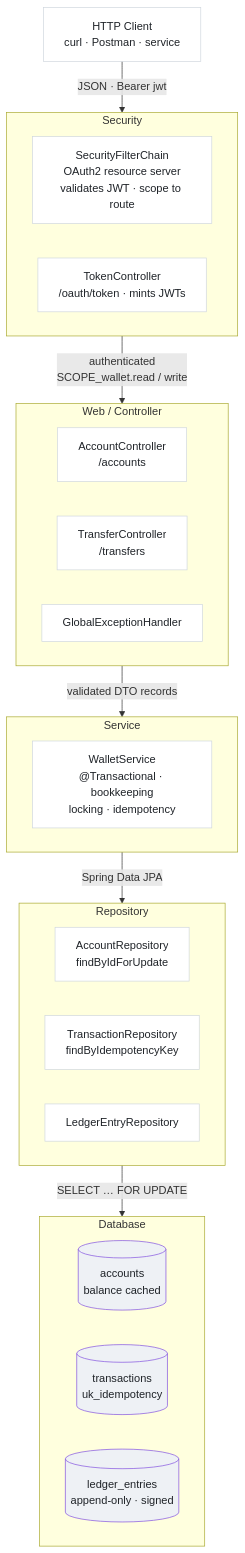
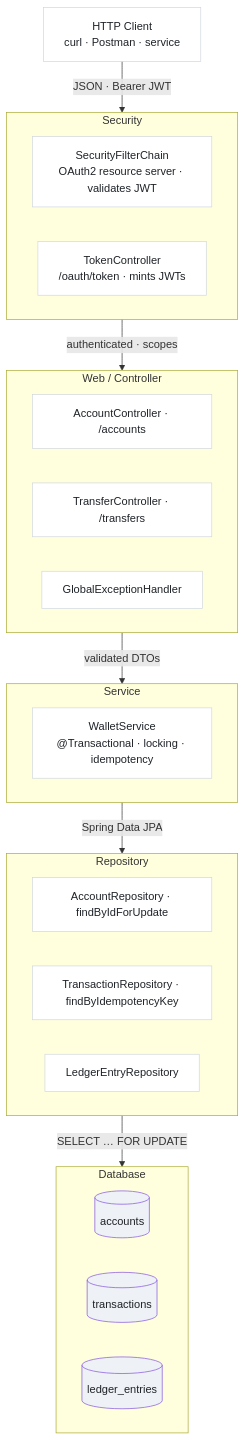
One commit to Antonio-Redondo/java-wallet changed the diagram in ARCHITECTURE.md. Above: the diagram before and after it, drawn with Mermaid.

````diff
--- a/ARCHITECTURE.md
+++ b/ARCHITECTURE.md
@@ -24,42 +24,42 @@
 ```mermaid
 flowchart TD
     Client["HTTP Client<br/>curl · Postman · service"]
 
     subgraph SEC["Security"]
-        SFC["SecurityFilterChain<br/>OAuth2 resource server<br/>validates JWT · scope to route"]
+        SFC["SecurityFilterChain<br/>OAuth2 resource server · validates JWT"]
         TKC["TokenController<br/>/oauth/token · mints JWTs"]
     end
 
     subgraph WEB["Web / Controller"]
-        AC["AccountController<br/>/accounts"]
-        TRC["TransferController<br/>/transfers"]
+        AC["AccountController · /accounts"]
+        TRC["TransferController · /transfers"]
         GEH["GlobalExceptionHandler"]
     end
 
     subgraph SVC["Service"]
-        WS["WalletService<br/>@Transactional · bookkeeping<br/>locking · idempotency"]
+        WS["WalletService<br/>@Transactional · locking · idempotency"]
     end
 
     subgraph REPO["Repository"]
-        AR["AccountRepository<br/>findByIdForUpdate"]
-        TR["TransactionRepository<br/>findByIdempotencyKey"]
+        AR["AccountRepository · findByIdForUpdate"]
+        TR["TransactionRepository · findByIdempotencyKey"]
         LR["LedgerEntryRepository"]
     end
 
     subgraph DB["Database"]
-        T1[("accounts<br/>balance cached")]
-        T2[("transactions<br/>uk_idempotency")]
-        T3[("ledger_entries<br/>append-only · signed")]
+        T1[("accounts")]
+        T2[("transactions")]
+        T3[("ledger_entries")]
     end
 
-    Client -->|"JSON · Bearer jwt"| SEC
-    SEC -->|"authenticated<br/>SCOPE_wallet.read / write"| WEB
-    WEB -->|"validated DTO records"| SVC
+    Client -->|"JSON · Bearer JWT"| SEC
+    SEC -->|"authenticated · scopes"| WEB
+    WEB -->|"validated DTOs"| SVC
     SVC -->|"Spring Data JPA"| REPO
     REPO -->|"SELECT … FOR UPDATE"| DB
 
     classDef layer fill:#ffffff,stroke:#d0d7de,color:#1f2328;
     classDef store fill:#eef1f5,stroke:#8250df,color:#1f2328;
     class Client,SFC,TKC,AC,TRC,GEH,WS,AR,TR,LR layer;
     class T1,T2,T3 store;
 ```
````
